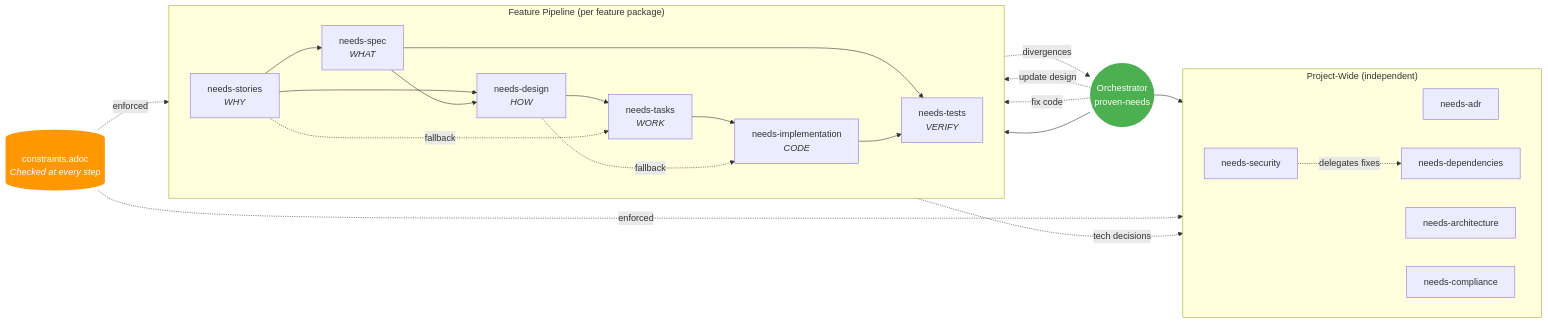
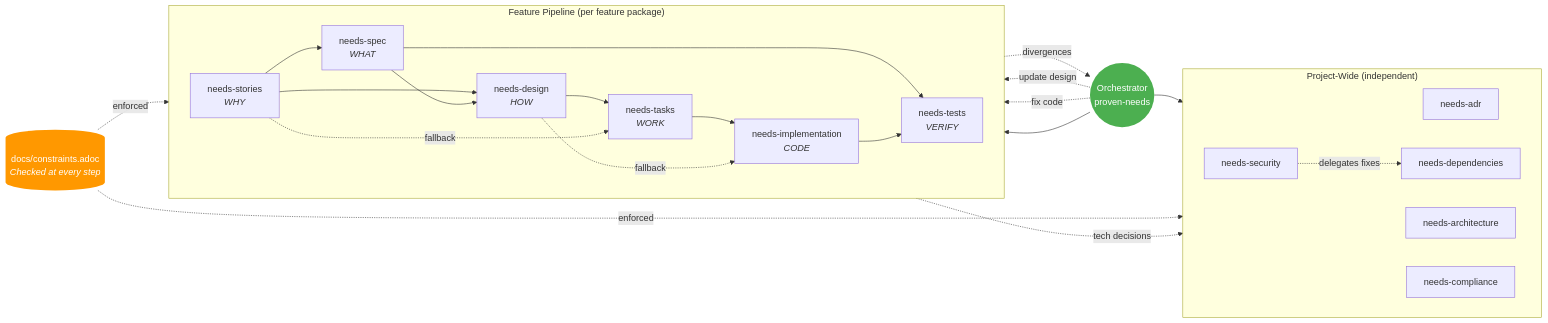
The second of 6 diagrams in README.md (provenimpact/proven-needs), drawn with Mermaid before and after one commit. The commit also changed other lines of this file and 19 other files, not shown here.

First line of the commit message:
docs: move constraints.adoc path from project root to docs/

````diff
--- a/README.md
+++ b/README.md
@@ -54,46 +54,46 @@
 ```mermaid
 flowchart LR
     subgraph feature ["Feature Pipeline (per feature package)"]
         direction LR
         STORIES["needs-stories<br/><i>WHY</i>"]
         SPEC["needs-spec<br/><i>WHAT</i>"]
         DESIGN["needs-design<br/><i>HOW</i>"]
         TASKS["needs-tasks<br/><i>WORK</i>"]
         IMPL["needs-implementation<br/><i>CODE</i>"]
         TESTS["needs-tests<br/><i>VERIFY</i>"]
 
         STORIES --> SPEC
         STORIES --> DESIGN
         SPEC --> DESIGN
         DESIGN --> TASKS
         STORIES -.->|fallback| TASKS
         TASKS --> IMPL
         DESIGN -.->|fallback| IMPL
         SPEC --> TESTS
         IMPL --> TESTS
     end
 
     subgraph project ["Project-Wide (independent)"]
         direction LR
         ADR["needs-adr"]
         ARCH["needs-architecture"]
         DEPS["needs-dependencies"]
         SEC["needs-security"]
         COMP["needs-compliance"]
     end
 
     INTENT((Orchestrator<br/>proven-needs)) --> feature
     INTENT --> project
 
     DESIGN -.->|tech decisions| ADR
     SEC -.->|delegates fixes| DEPS
     IMPL -.->|divergences| INTENT
     INTENT -.->|update design| DESIGN
     INTENT -.->|fix code| IMPL
 
-    CONSTRAINTS[("constraints.adoc<br/><i>Checked at every step</i>")] -.->|enforced| feature
+    CONSTRAINTS[("docs/constraints.adoc<br/><i>Checked at every step</i>")] -.->|enforced| feature
     CONSTRAINTS -.->|enforced| project
 
     style INTENT fill:#4CAF50,color:#fff,stroke:none
     style CONSTRAINTS fill:#FF9800,color:#fff,stroke:none
 ```
````
